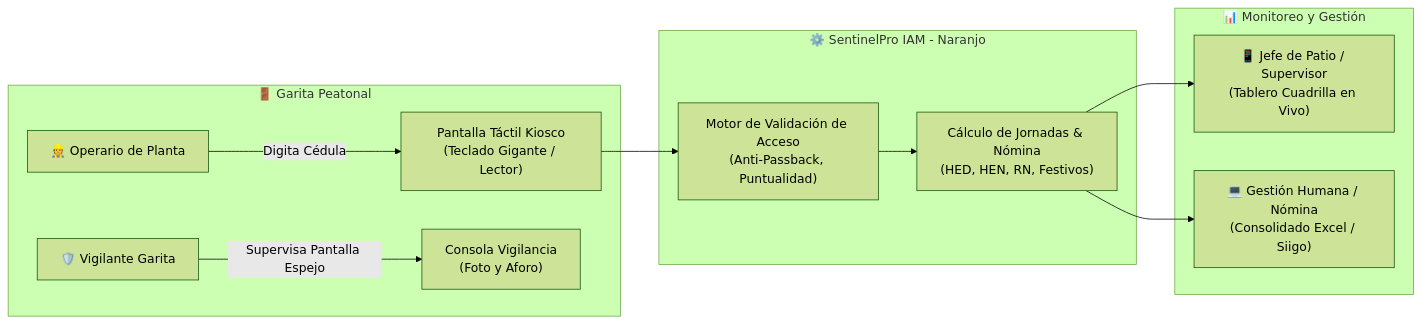
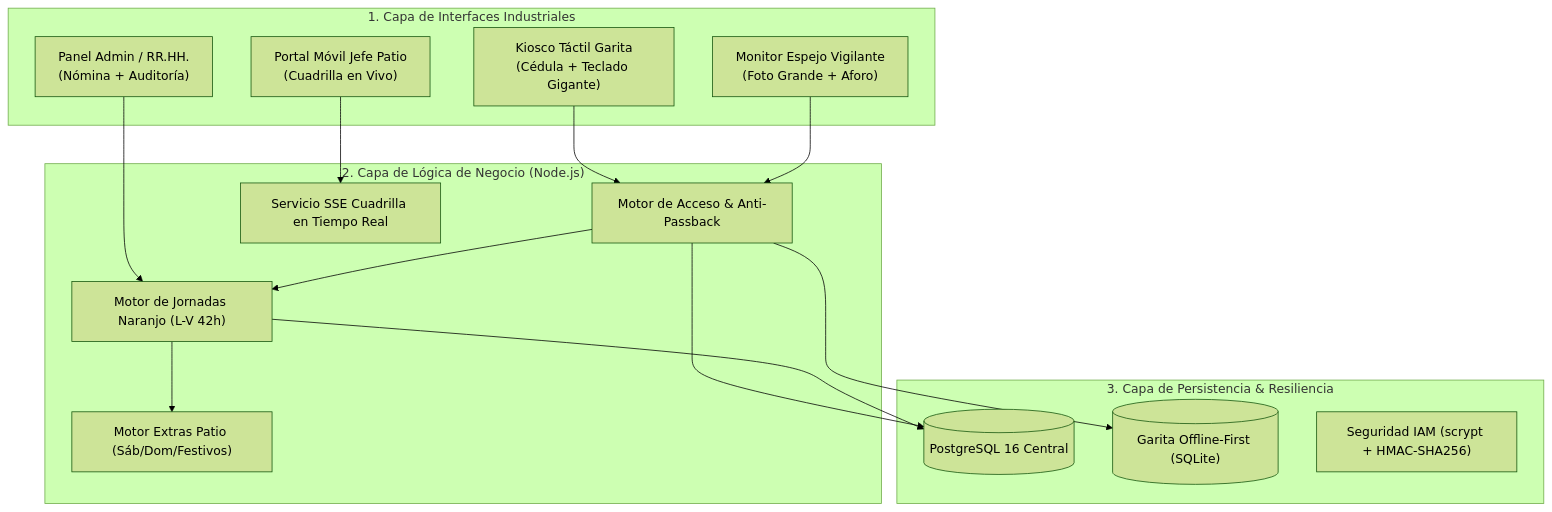
One commit to traetrabajos-web/SentinelPro_IAM changed the second of 8 diagrams in docs/09_Plan_Sistema_Acceso_Recuperaciones_Naranjo.md. Above: the diagram before and after it, drawn with Mermaid (forest theme). The commit also changed other lines of this file and 12 other files, not shown here.

Commit message:
feat(naranjo): incorporar horario oficial 42h (L-V), regimen de patio y los 8 diagramas tecnicos en alta resolucion

````diff
--- a/docs/09_Plan_Sistema_Acceso_Recuperaciones_Naranjo.md
+++ b/docs/09_Plan_Sistema_Acceso_Recuperaciones_Naranjo.md
@@ -33,17 +154,32 @@
 ```mermaid
-flowchart LR
-    subgraph Garita_Cartagena["🚪 Garita Peatonal"]
-        Trabajador["👷 Operario de Planta"] -->|"Digita Cédula"| Kiosco["Pantalla Táctil Kiosco\n(Teclado Gigante / Lector)"]
-        Vigilante["🛡️ Vigilante Garita"] -->|"Supervisa Pantalla Espejo"| MonitorGarita["Consola Vigilancia\n(Foto y Aforo)"]
+flowchart TD
+    subgraph CapaFrontend["1. Capa de Interfaces Industriales"]
+        Kiosco["Kiosco Táctil Garita\n(Cédula + Teclado Gigante)"]
+        Monitor["Monitor Espejo Vigilante\n(Foto Grande + Aforo)"]
+        JefeWeb["Portal Móvil Jefe Patio\n(Cuadrilla en Vivo)"]
+        AdminWeb["Panel Admin / RR.HH.\n(Nómina + Auditoría)"]
     end
 
-    subgraph Plataforma_Central["⚙️ SentinelPro IAM - Naranjo"]
-        Kiosco --> MotorAcceso["Motor de Validación de Acceso\n(Anti-Passback, Puntualidad)"]
-        MotorAcceso --> CalculoHoras["Cálculo de Jornadas & Nómina\n(HED, HEN, RN, Festivos)"]
+    subgraph CapaBackend["2. Capa de Lógica de Negocio (Node.js)"]
+        MotorAcceso["Motor de Acceso & Anti-Passback"]
+        MotorHoras["Motor de Jornadas Naranjo (L-V 42h)"]
+        MotorPatio["Motor Extras Patio (Sáb/Dom/Festivos)"]
+        ServicioSSE["Servicio SSE Cuadrilla en Tiempo Real"]
     end
 
-    subgraph Mandos["📊 Monitoreo y Gestión"]
-        CalculoHoras --> Jefe["📱 Jefe de Patio / Supervisor\n(Tablero Cuadrilla en Vivo)"]
-        CalculoHoras --> Admin["💻 Gestión Humana / Nómina\n(Consolidado Excel / Siigo)"]
+    subgraph CapaPersistencia["3. Capa de Persistencia & Resiliencia"]
+        PG[("PostgreSQL 16 Central")]
+        SQLite[("Garita Offline-First (SQLite)")]
+        IAM["Seguridad IAM (scrypt + HMAC-SHA256)"]
     end
+
+    Kiosco --> MotorAcceso
+    Monitor --> MotorAcceso
+    JefeWeb --> ServicioSSE
+    AdminWeb --> MotorHoras
+    MotorAcceso --> MotorHoras
+    MotorHoras --> MotorPatio
+    MotorAcceso --> SQLite
+    MotorAcceso --> PG
+    MotorHoras --> PG
 ```
````
